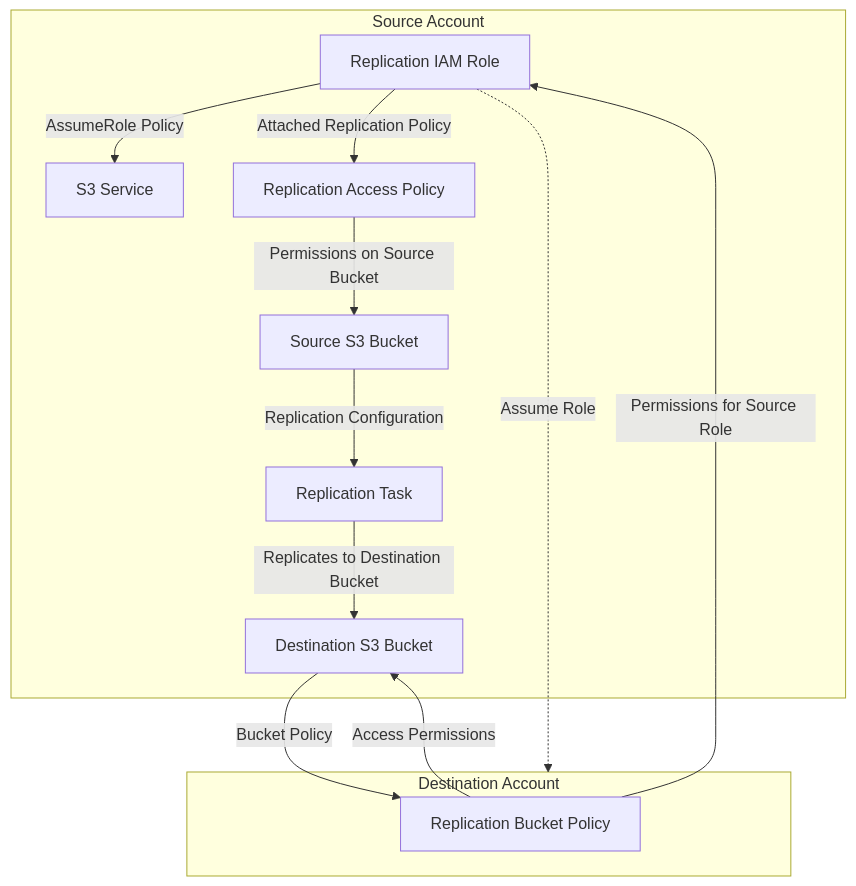
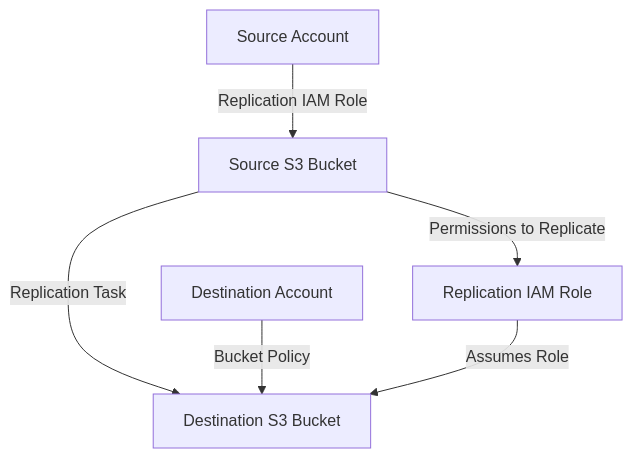
Before and after one commit to entechlog/aws-examples: the third of 3 diagrams in aws-datasync/terraform/README.md, drawn with Mermaid. The commit also changed other lines of this file, not shown here.

Commit message:
changes to update the mermaid diagrams

````diff
--- a/aws-datasync/terraform/README.md
+++ b/aws-datasync/terraform/README.md
@@ -106,18 +80,9 @@
 ```mermaid
     graph TD;
-        subgraph SourceAccount[Source Account]
-            SourceRole[Replication IAM Role] -->|AssumeRole Policy| S3Service[S3 Service]
-            SourceRole -->|Attached Replication Policy| SourcePolicy[Replication Access Policy]
-            SourceS3Bucket[Source S3 Bucket] -->|Replication Configuration| ReplicationTask[Replication Task]
-            ReplicationTask -->|Replicates to Destination Bucket| DestinationS3Bucket[Destination S3 Bucket]
-            SourcePolicy -->|Permissions on Source Bucket| SourceS3Bucket
-        end
+        SourceAccount[Source Account] -->|Replication IAM Role| SourceS3Bucket[Source S3 Bucket]
+        SourceS3Bucket -->|Replication Task| DestinationS3Bucket[Destination S3 Bucket]
+        DestinationAccount[Destination Account] -->|Bucket Policy| DestinationS3Bucket
 
-        subgraph DestinationAccount[Destination Account]
-            DestinationS3Bucket -->|Bucket Policy| DestinationBucketPolicy[Replication Bucket Policy]
-            DestinationBucketPolicy -->|Permissions for Source Role| SourceRole
-        end
-
-        SourceRole -.->|Assume Role| DestinationAccount
-        DestinationBucketPolicy -->|Access Permissions| DestinationS3Bucket
+        SourceS3Bucket -->|Permissions to Replicate| SourceRole[Replication IAM Role]
+        SourceRole -->|Assumes Role| DestinationS3Bucket
 ```
````
